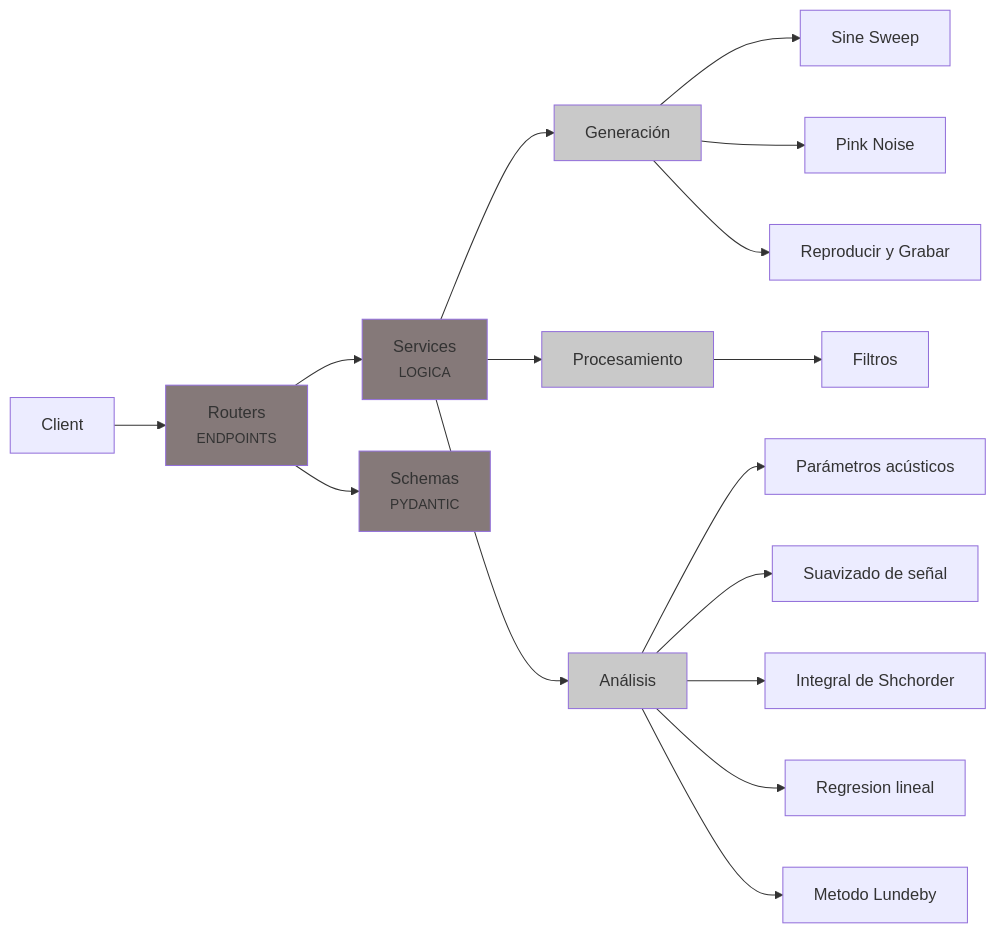
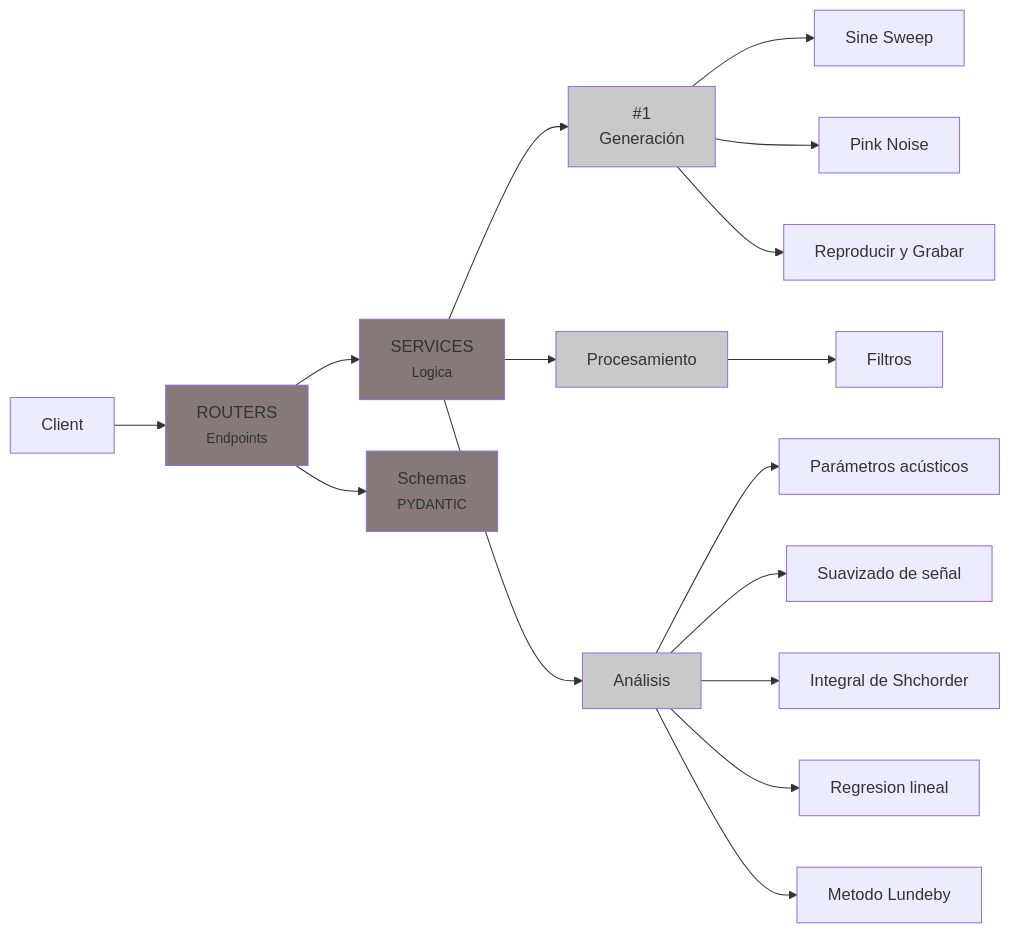
The diagram in README.md (valentinadepiero/trabajo-practico-ss), drawn with Mermaid before and after one commit.

Commit message:
Restore README.md with project information
Restores the README.md file with project details, installation instructions, and milestones.

````diff
--- a/README.md
+++ b/README.md
@@ -60,28 +60,28 @@
 ```mermaid
 graph LR
-Client --> R[Routers<br><small>ENDPOINTS</small>]
-R --> S[Services<br><small>LOGICA</small>]
-S --> Gen[Generación]
+Client --> R[ROUTERS<br><small>Endpoints</small>]
+R --> S[SERVICES<br><small>Logica</small>]
+S --> Gen[#1<br>Generación]
 Gen --> SS[Sine Sweep]
 Gen --> PN[Pink Noise]
 Gen --> Rec[Reproducir y Grabar]
 S --> Proc[Procesamiento]
 Proc --> F[Filtros]
 S --> An[Análisis]
 An --> Par[Parámetros acústicos]
 An -->Sua[Suavizado de señal]
 An -->InS[Integral de Shchorder]
 An -->Reg[Regresion lineal]
 An -->Mlun[Metodo Lundeby]
 R --> Sch[Schemas<br><small>PYDANTIC</small>]
 
 style S fill: #857979
 style Sch fill: #857979
 style R fill: #857979
 style Gen fill: #c9c9c9
 style Proc fill: #c9c9c9
 style An fill: #c9c9c9
 style Par fill: #turquoise
 
 
 ```
````
